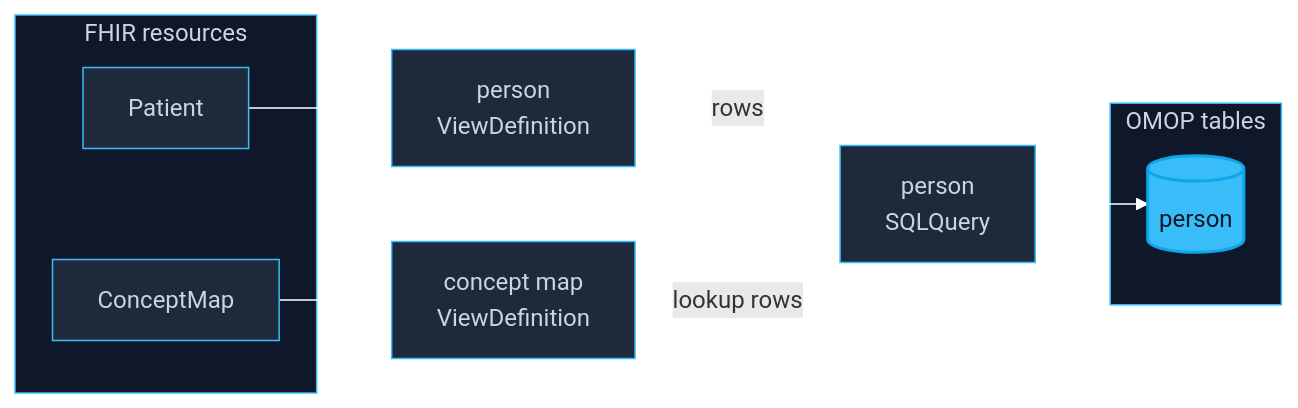
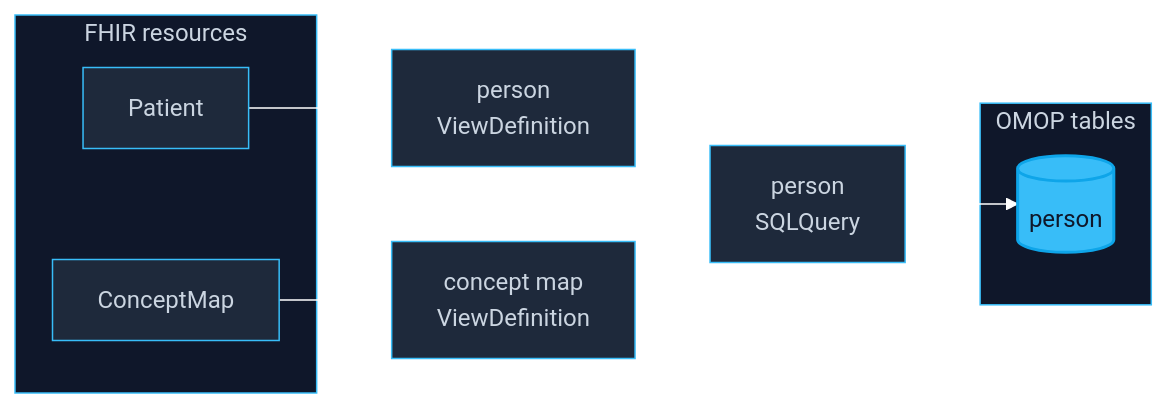
The diagram in web/website/docs/examples/fhir-to-omop.mdx (fhir4ds/fhir4ds), drawn with Mermaid before and after one commit.

Commit message:
docs(examples): drop the mermaid edge labels
The two ViewDefinition arrows into the SQLQuery are self-explanatory; the
'rows' / 'lookup rows' labels added noise.

````diff
--- a/web/website/docs/examples/fhir-to-omop.mdx
+++ b/web/website/docs/examples/fhir-to-omop.mdx
@@ -20,27 +20,27 @@
 ```mermaid
 flowchart LR
     subgraph FHIR["FHIR resources"]
         Patient[Patient]
         ConceptMap[ConceptMap]
     end
 
     subgraph OMOP["OMOP tables"]
         Person[(person)]
     end
 
     Patient --> PersonVD["person<br/>ViewDefinition"]
     ConceptMap --> MapVD["concept map<br/>ViewDefinition"]
-    PersonVD -->|rows| SQ["person<br/>SQLQuery"]
-    MapVD -->|lookup rows| SQ
+    PersonVD --> SQ["person<br/>SQLQuery"]
+    MapVD --> SQ
     SQ --> Person
 
     classDef default fill:#1e293b,stroke:#38bdf8,color:#cbd5e1,stroke-width:1px
     classDef highlight fill:#38bdf8,stroke:#0ea5e9,color:#0f172a,stroke-width:2px
 
     class Patient,ConceptMap,PersonVD,MapVD,SQ default
     class Person highlight
 
     linkStyle default stroke:#fff,stroke-width:1px
     style FHIR fill:#0f172a,stroke:#38bdf8,color:#cbd5e1
     style OMOP fill:#0f172a,stroke:#38bdf8,color:#cbd5e1
 ```
````
